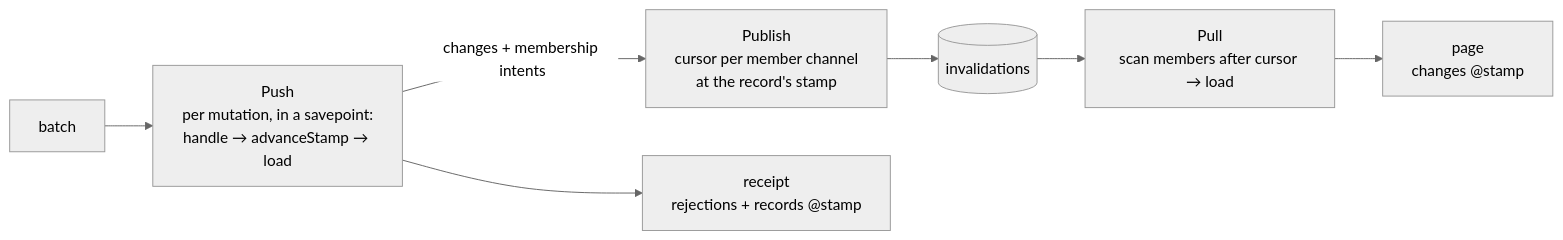
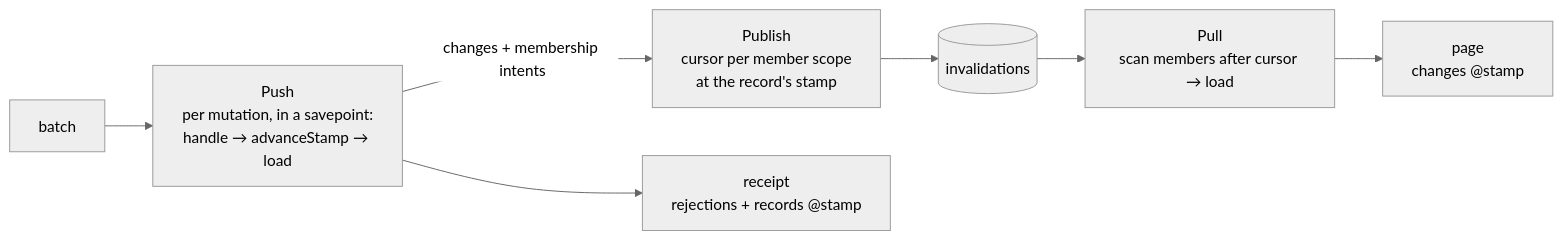
The diagram in docs/engineering/architecture/server/engine/README.md (steve-z-wang/otter-sync), drawn with Mermaid (neutral theme) before and after one commit. The commit also changed other lines of this file and 339 other files, not shown here.

Commit message:
feat!: replace Channel with Scope membership APIs (#225)

````diff
--- a/docs/engineering/architecture/server/engine/README.md
+++ b/docs/engineering/architecture/server/engine/README.md
@@ -13,9 +13,9 @@
 ```mermaid
 flowchart LR
     B["batch"] --> H["Push<br/>per mutation, in a savepoint:<br/>handle → advanceStamp → load"]
-    H -- "changes + membership intents" --> N["Publish<br/>cursor per member channel<br/>at the record's stamp"]
+    H -- "changes + membership intents" --> N["Publish<br/>cursor per member scope<br/>at the record's stamp"]
     H --> R["receipt<br/>rejections + records @stamp"]
     N --> I[("invalidations")]
     I --> L["Pull<br/>scan members after cursor → load"]
     L --> PG["page<br/>changes @stamp"]
 ```
````
